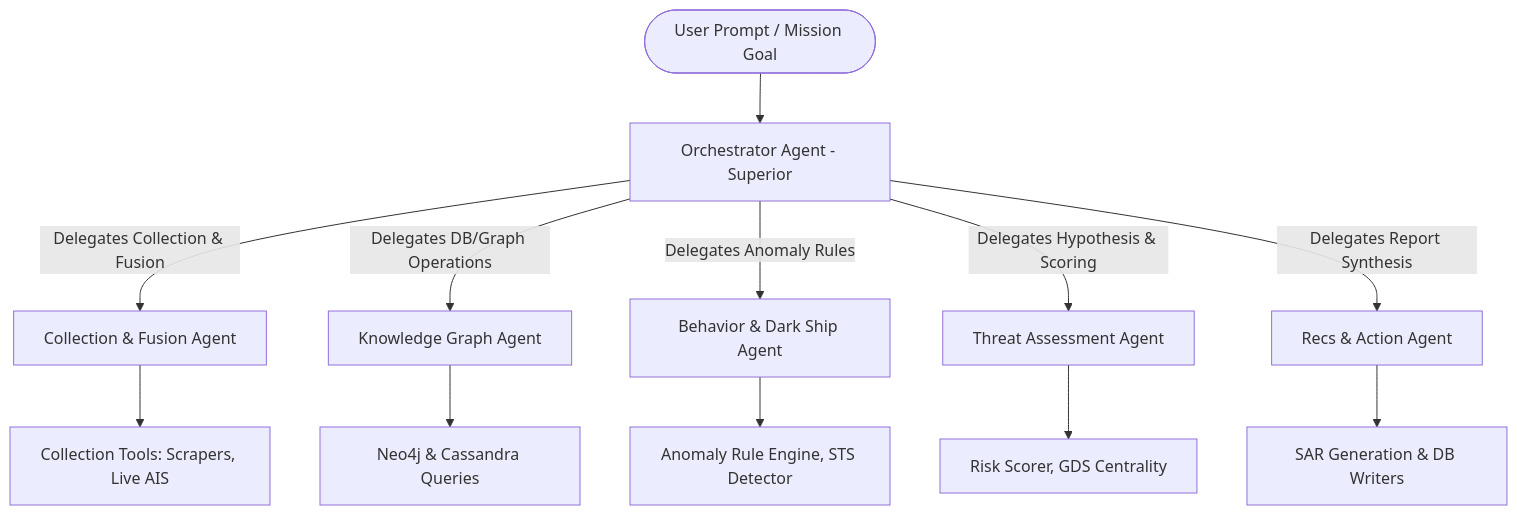
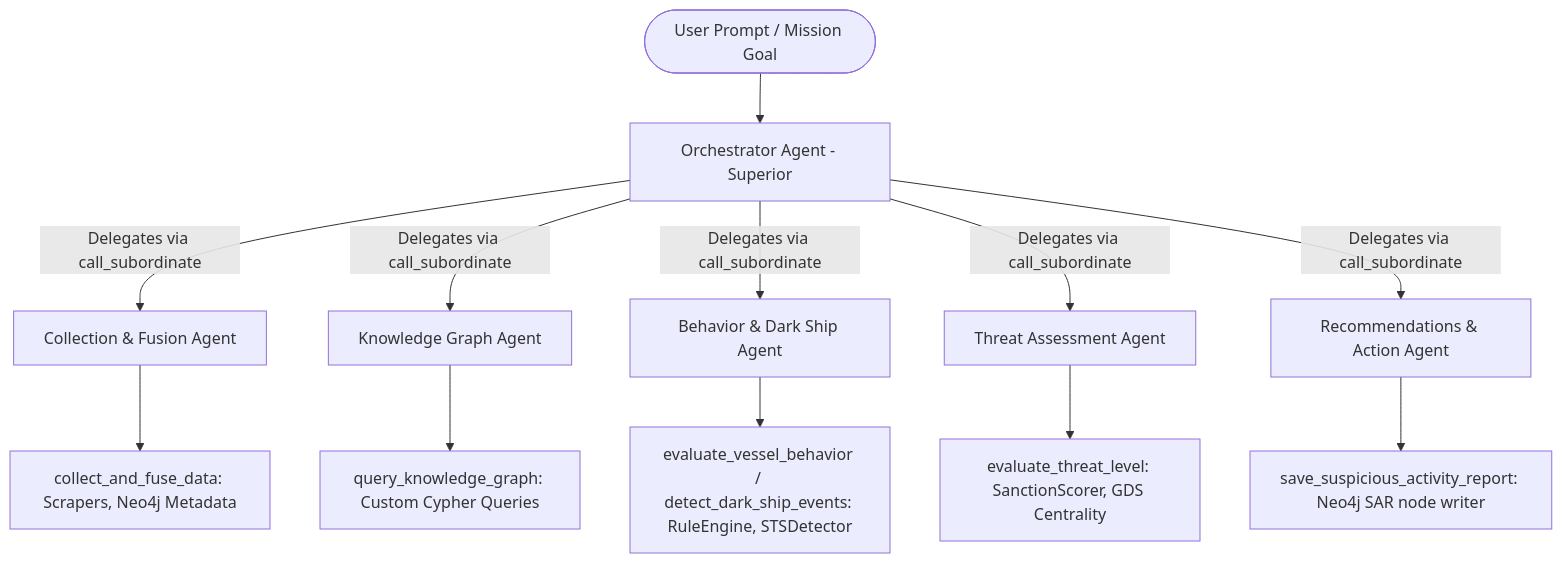
The diagram in agents/README.md (dharani20dharan/Maritime-AI-Framework), drawn with Mermaid before and after one commit. The commit also changed other lines of this file, not shown here.

Commit message:
docs: update agents README to document Agent Zero migration

````diff
--- a/agents/README.md
+++ b/agents/README.md
@@ -9,17 +20,17 @@
 ```mermaid
 graph TD
     User([User Prompt / Mission Goal]) --> Orchestrator[Orchestrator Agent - Superior]
     
-    Orchestrator -->|Delegates Collection & Fusion| CF_Agent[Collection & Fusion Agent]
-    Orchestrator -->|Delegates DB/Graph Operations| KG_Agent[Knowledge Graph Agent]
-    Orchestrator -->|Delegates Anomaly Rules| BD_Agent[Behavior & Dark Ship Agent]
-    Orchestrator -->|Delegates Hypothesis & Scoring| TA_Agent[Threat Assessment Agent]
-    Orchestrator -->|Delegates Report Synthesis| RA_Agent[Recs & Action Agent]
+    Orchestrator -->|Delegates via call_subordinate| CF_Agent[Collection & Fusion Agent]
+    Orchestrator -->|Delegates via call_subordinate| KG_Agent[Knowledge Graph Agent]
+    Orchestrator -->|Delegates via call_subordinate| BD_Agent[Behavior & Dark Ship Agent]
+    Orchestrator -->|Delegates via call_subordinate| TA_Agent[Threat Assessment Agent]
+    Orchestrator -->|Delegates via call_subordinate| RA_Agent[Recommendations & Action Agent]
 
     %% Tools mappings
-    CF_Agent --> CF_Tools[Collection Tools: Scrapers, Live AIS]
-    KG_Agent --> KG_Tools[Neo4j & Cassandra Queries]
-    BD_Agent --> BD_Tools[Anomaly Rule Engine, STS Detector]
-    TA_Agent --> TA_Tools[Risk Scorer, GDS Centrality]
-    RA_Agent --> RA_Tools[SAR Generation & DB Writers]
+    CF_Agent --> CF_Tools[collect_and_fuse_data: Scrapers, Neo4j Metadata]
+    KG_Agent --> KG_Tools[query_knowledge_graph: Custom Cypher Queries]
+    BD_Agent --> BD_Tools[evaluate_vessel_behavior / detect_dark_ship_events: RuleEngine, STSDetector]
+    TA_Agent --> TA_Tools[evaluate_threat_level: SanctionScorer, GDS Centrality]
+    RA_Agent --> RA_Tools[save_suspicious_activity_report: Neo4j SAR node writer]
 ```
````
